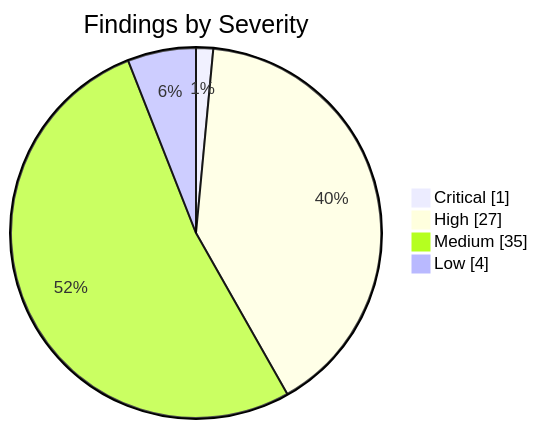
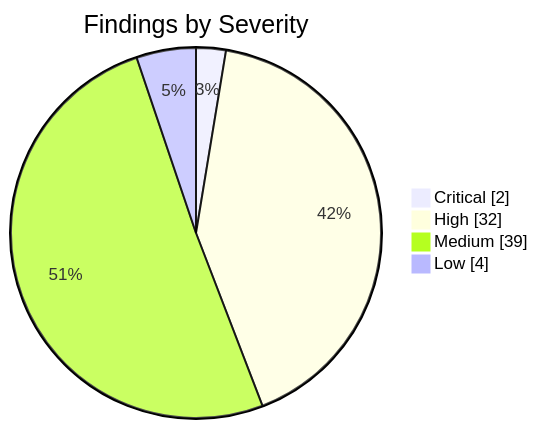
The first of 2 diagrams in apps/kbve/astro-kbve/src/content/docs/dashboard/security.mdx (KBVE/kbve), drawn with Mermaid before and after one commit. The commit also changed other lines of this file and 7 other files, not shown here.

````diff
--- a/apps/kbve/astro-kbve/src/content/docs/dashboard/security.mdx
+++ b/apps/kbve/astro-kbve/src/content/docs/dashboard/security.mdx
@@ -62,8 +62,8 @@
 ```mermaid
 pie showData
     title Findings by Severity
-    "Critical" : 1
-    "High" : 27
-    "Medium" : 35
+    "Critical" : 2
+    "High" : 32
+    "Medium" : 39
     "Low" : 4
 ```
````
